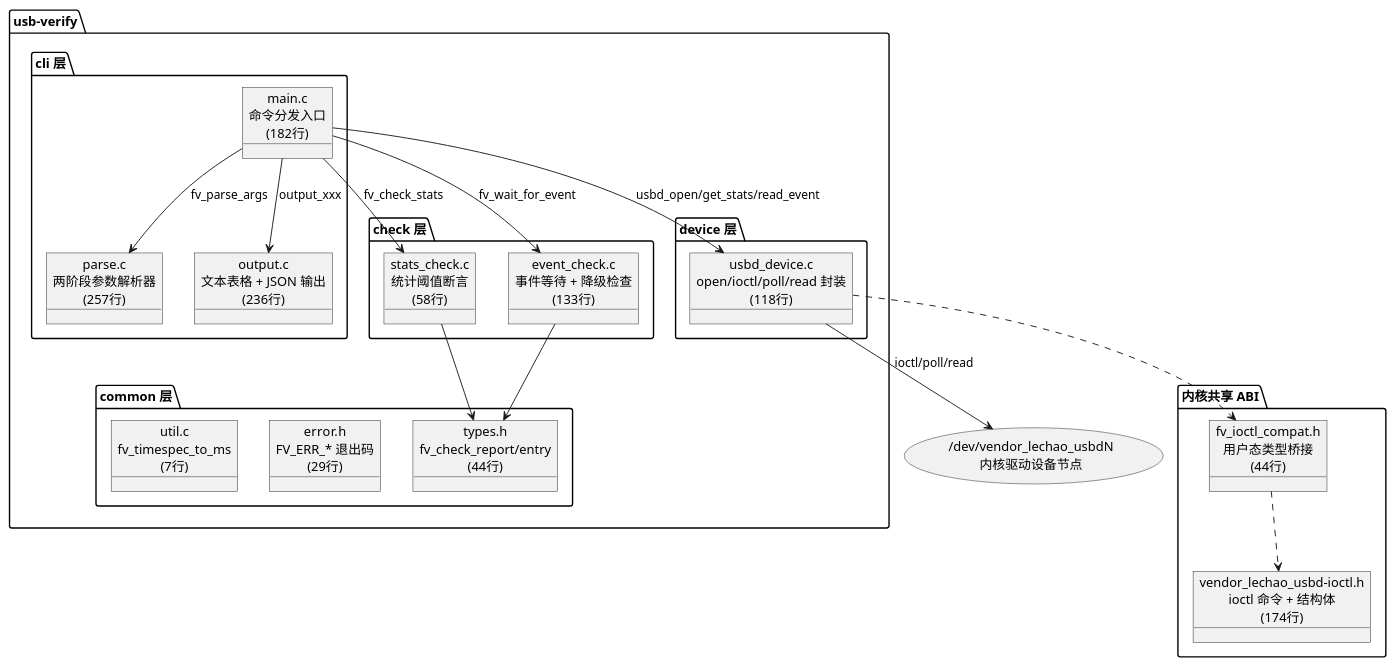
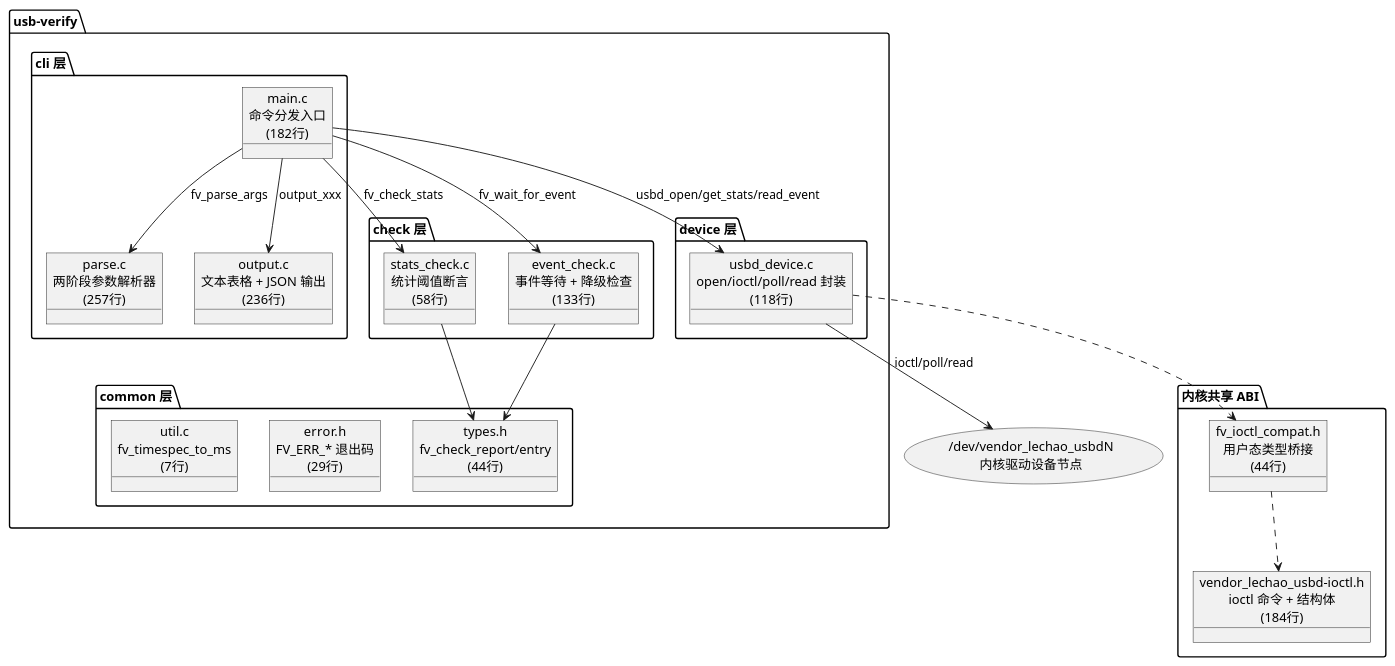
The sixth of 16 diagrams in docs/02-IO增强/02.05-故障注入验证-usb-verify.md (lechao365/AndroidSystemEnhance), drawn with PlantUML before and after one commit. The commit also changed other lines of this file and 146 other files, not shown here.

````diff
--- a/docs/02-IO增强/02.05-故障注入验证-usb-verify.md
+++ b/docs/02-IO增强/02.05-故障注入验证-usb-verify.md
@@ -187,42 +187,42 @@
 ```plantuml
 @startuml
 allowmixing
 package "usb-verify" as mod {
     package "cli 层" as cli {
         object "main.c\n命令分发入口\n(182行)" as Main
         object "parse.c\n两阶段参数解析器\n(257行)" as Parse
         object "output.c\n文本表格 + JSON 输出\n(236行)" as Output
     }
     package "device 层" as dev {
         object "usbd_device.c\nopen/ioctl/poll/read 封装\n(118行)" as Usbd
     }
     package "check 层" as chk {
         object "stats_check.c\n统计阈值断言\n(58行)" as StatsChk
         object "event_check.c\n事件等待 + 降级检查\n(133行)" as EventChk
     }
     package "common 层" as com {
         object "types.h\nfv_check_report/entry\n(44行)" as Types
         object "error.h\nFV_ERR_* 退出码\n(29行)" as Error
         object "util.c\nfv_timespec_to_ms\n(7行)" as Util
     }
 }
 
 package "内核共享 ABI" as abi {
-    object "vendor_lechao_usbd-ioctl.h\nioctl 命令 + 结构体\n(174行)" as Ioctl
+    object "vendor_lechao_usbd-ioctl.h\nioctl 命令 + 结构体\n(184行)" as Ioctl
     object "fv_ioctl_compat.h\n用户态类型桥接\n(44行)" as Compat
 }
 
 usecase "/dev/vendor_lechao_usbdN\n内核驱动设备节点" as Kernel
 
 Main --> Parse : fv_parse_args
 Main --> Output : output_xxx
 Main --> Usbd : usbd_open/get_stats/read_event
 Main --> StatsChk : fv_check_stats
 Main --> EventChk : fv_wait_for_event
 StatsChk --> Types
 EventChk --> Types
 Usbd --> Kernel : ioctl/poll/read
 Usbd ..> Compat
 Compat ..> Ioctl
 @enduml
 ```
````
